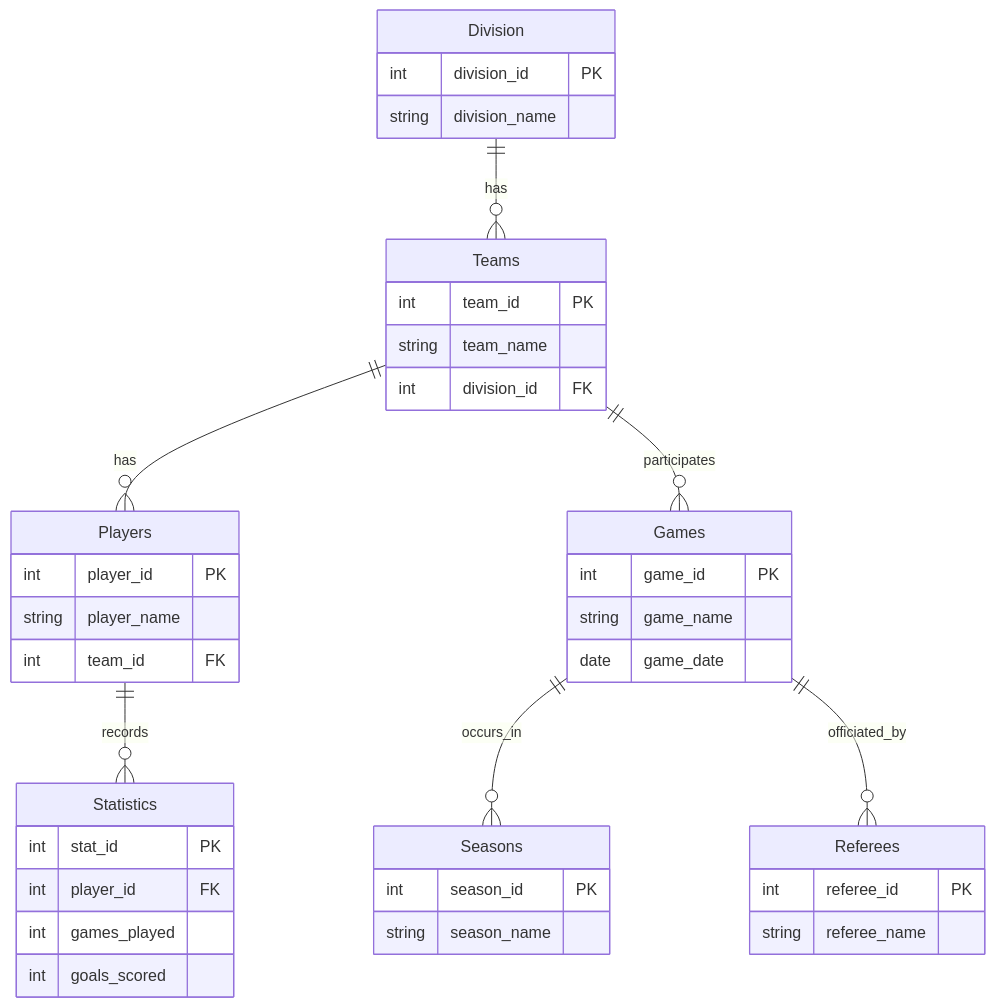
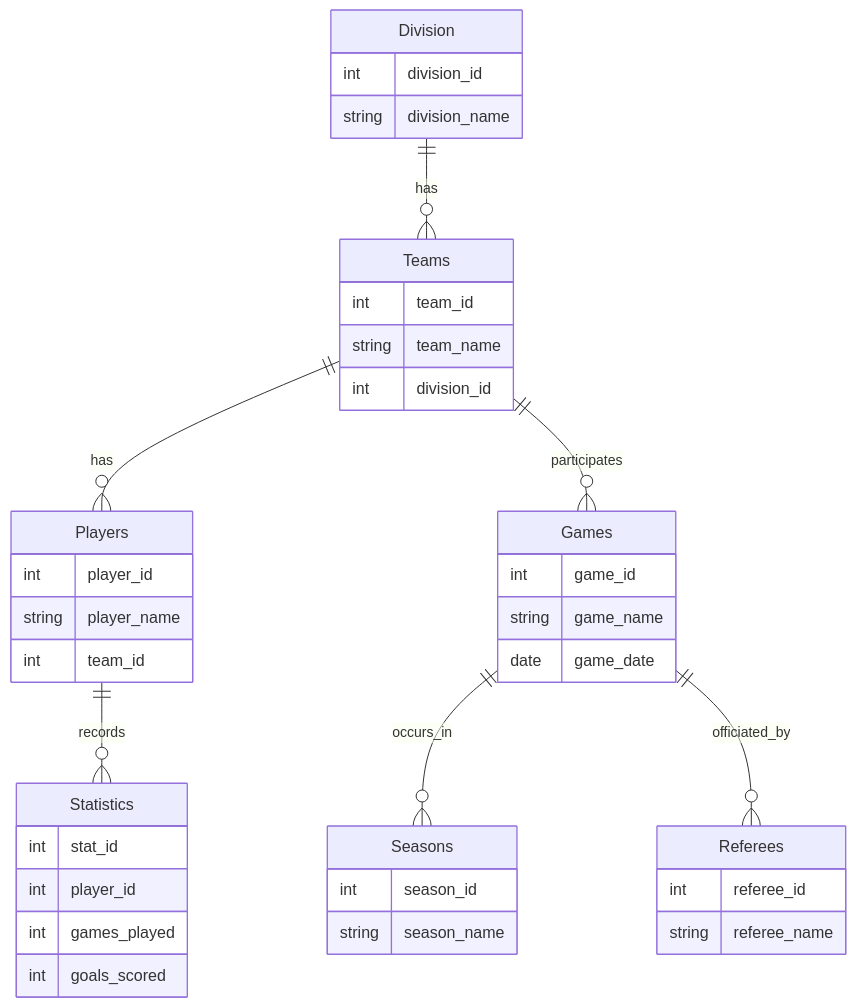
The diagram in README.md (cg3979/db_project), drawn with Mermaid before and after one commit.

````diff
--- a/README.md
+++ b/README.md
@@ -12,49 +12,49 @@
 ```mermaid
 erDiagram
   Division {
-    int division_id PK
+    int division_id 
     string division_name
   }
 
   Teams {
-    int team_id PK
+    int team_id 
     string team_name
-    int division_id FK
+    int division_id 
   }
 
   Players {
-    int player_id PK
+    int player_id 
     string player_name
-    int team_id FK
+    int team_id 
   }
 
   Games {
-    int game_id PK
+    int game_id 
     string game_name
     date game_date
   }
 
   Seasons {
-    int season_id PK
+    int season_id 
     string season_name
   }
 
   Statistics {
-    int stat_id PK
-    int player_id FK
+    int stat_id 
+    int player_id 
     int games_played
     int goals_scored
   }
 
   Referees {
-    int referee_id PK
+    int referee_id 
     string referee_name
   }
 
   Division  ||--o{ Teams : has
   Teams ||--o{ Players : has
   Teams ||--o{ Games : participates
   Players ||--o{ Statistics : records
   Games ||--o{ Seasons : occurs_in
   Games ||--o{ Referees : officiated_by
 ```
````
